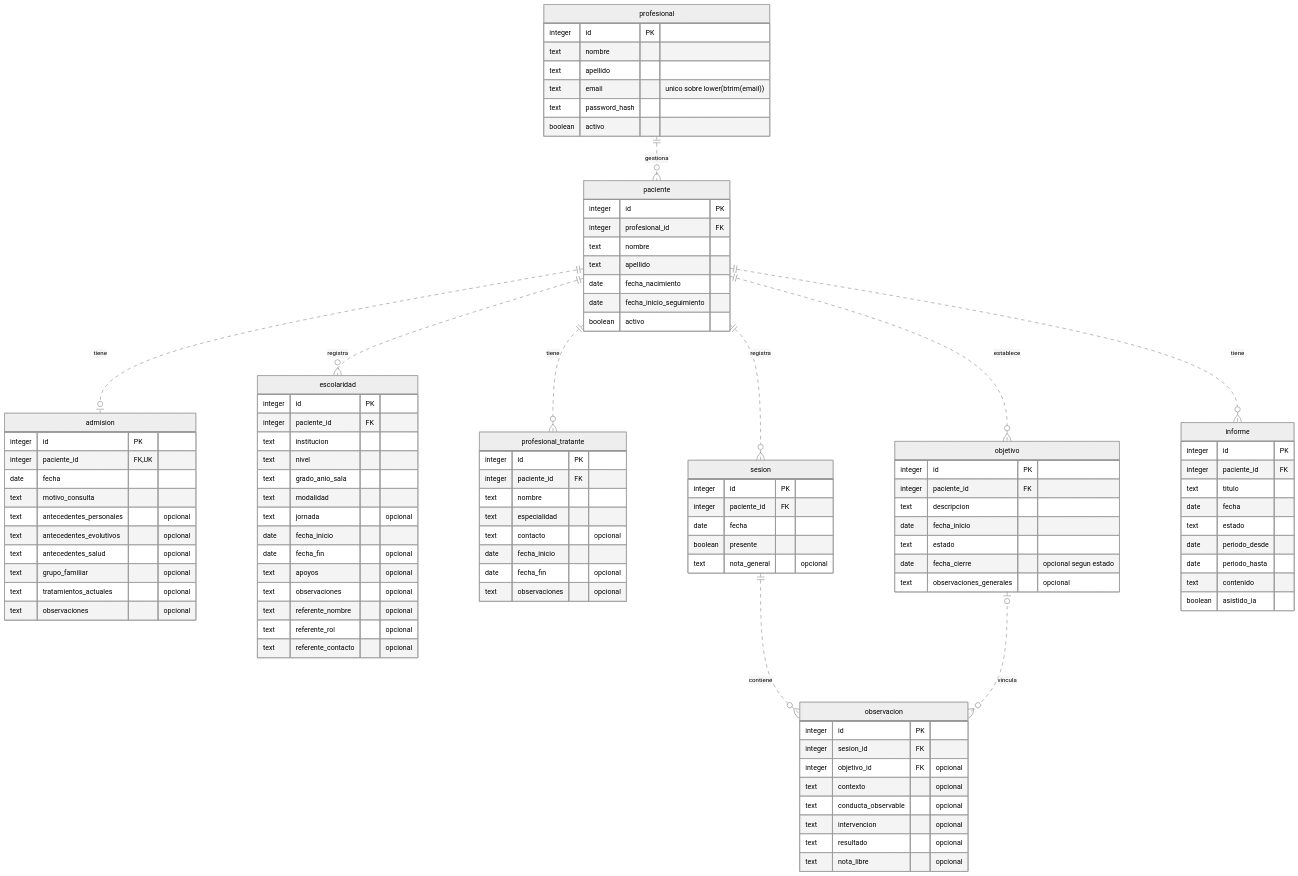
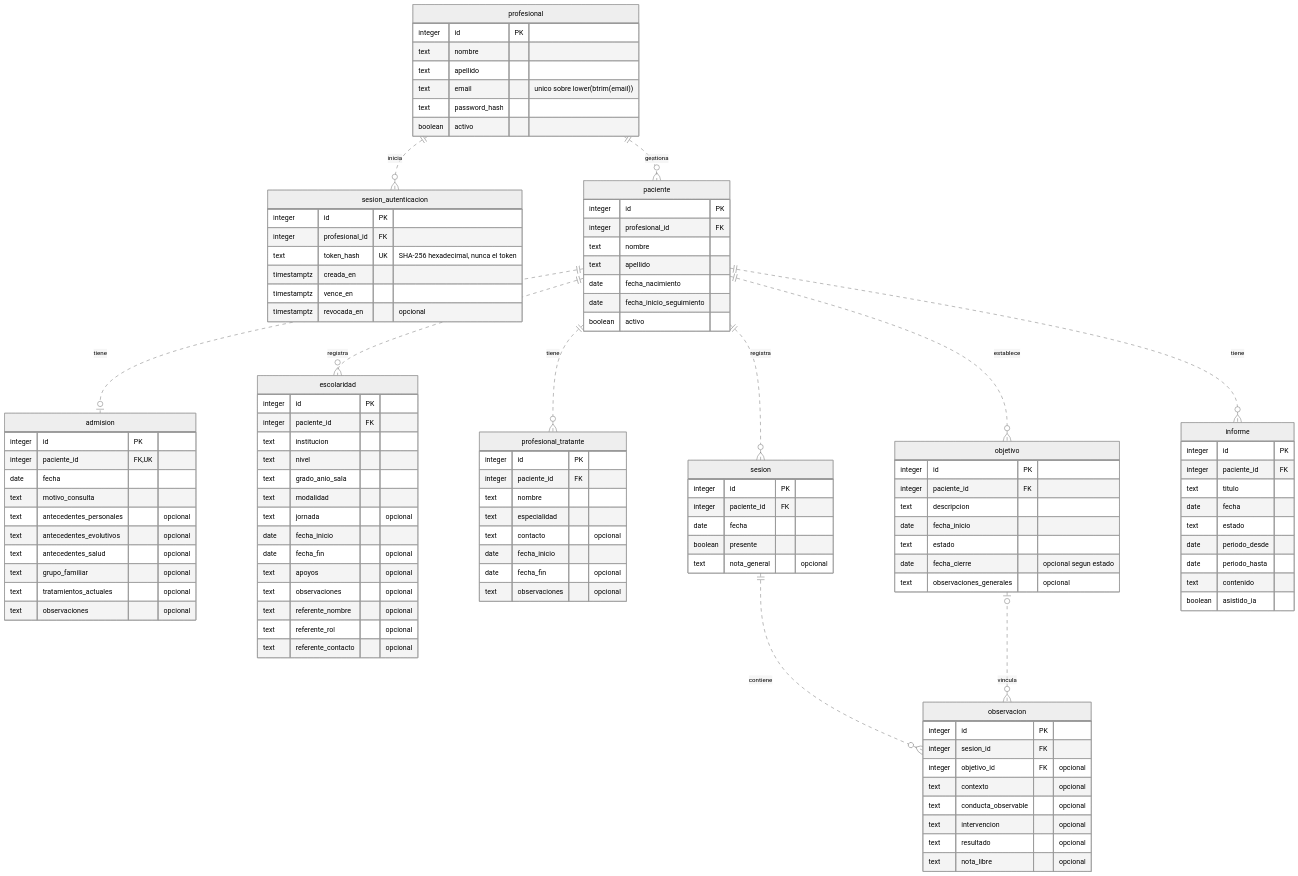
Before and after one commit to alx1as/tp_final_rubin_volpe: the diagram in backend/README.md, drawn with Mermaid (neutral theme). The commit also changed other lines of this file and 27 other files, not shown here.

````diff
--- a/backend/README.md
+++ b/backend/README.md
@@ -101,5 +155,6 @@
 ```mermaid
 erDiagram
+    profesional ||..o{ sesion_autenticacion : inicia
     profesional ||..o{ paciente : gestiona
     paciente ||..o| admision : tiene
     paciente ||..o{ escolaridad : registra
@@ -117,6 +172,15 @@
         text email "unico sobre lower(btrim(email))"
         text password_hash
         boolean activo
+    }
+
+    sesion_autenticacion {
+        integer id PK
+        integer profesional_id FK
+        text token_hash UK "SHA-256 hexadecimal, nunca el token"
+        timestamptz creada_en
+        timestamptz vence_en
+        timestamptz revocada_en "opcional"
     }
 
     paciente {
````
